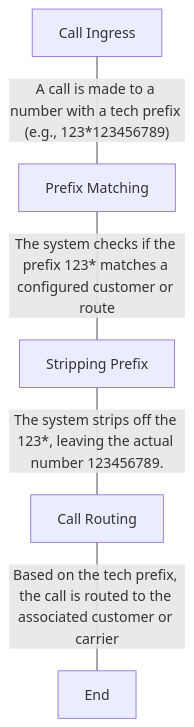
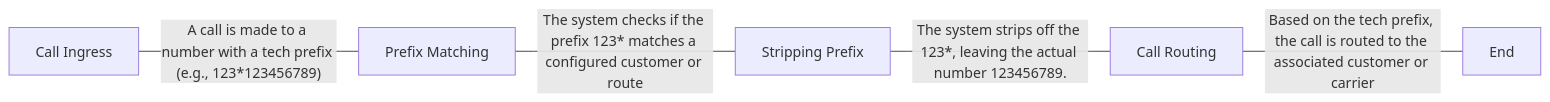
One commit to connexcs/docs changed the second of 3 diagrams in docs/customer/routing.md. Above: the diagram before and after it, drawn with Mermaid. The commit also changed other lines of this file and 1 other file, not shown here.

````diff
--- a/docs/customer/routing.md
+++ b/docs/customer/routing.md
@@ -335,4 +336,4 @@
 ```mermaid
-flowchart TB
+flowchart LR
     A[Call Ingress] -- A call is made to a number with a tech prefix (e.g., 123*123456789) ---B[Prefix Matching] -- The system checks if the prefix 123* matches a configured customer or route ---C[Stripping Prefix] -- The system strips off the 123*, leaving the actual number 123456789.---D[Call Routing] --Based on the tech prefix, the call is routed to the associated customer or carrier ---End
 ```
````
